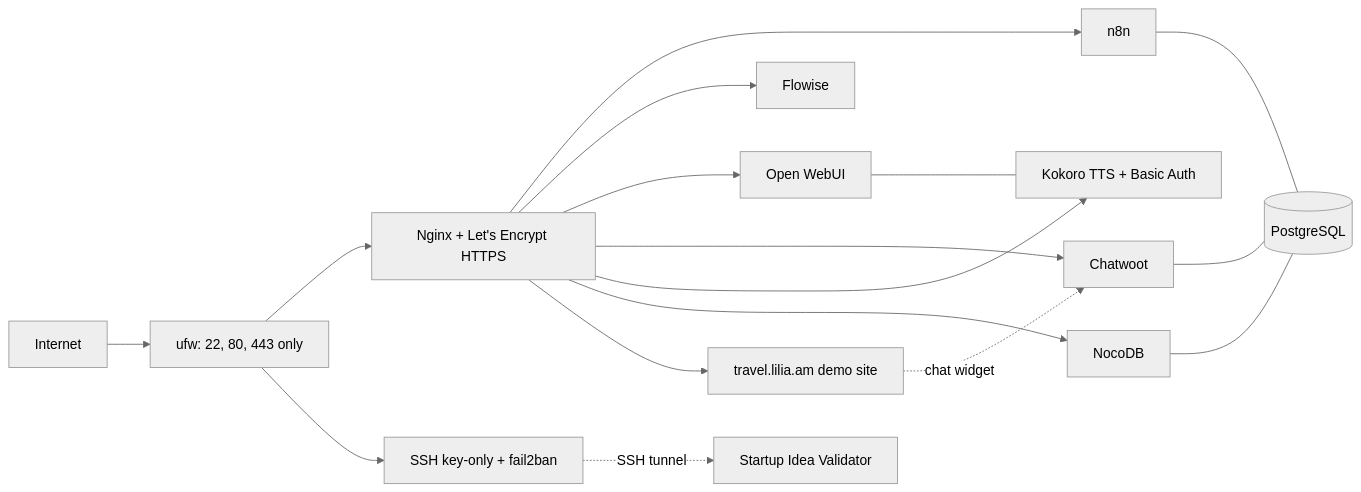
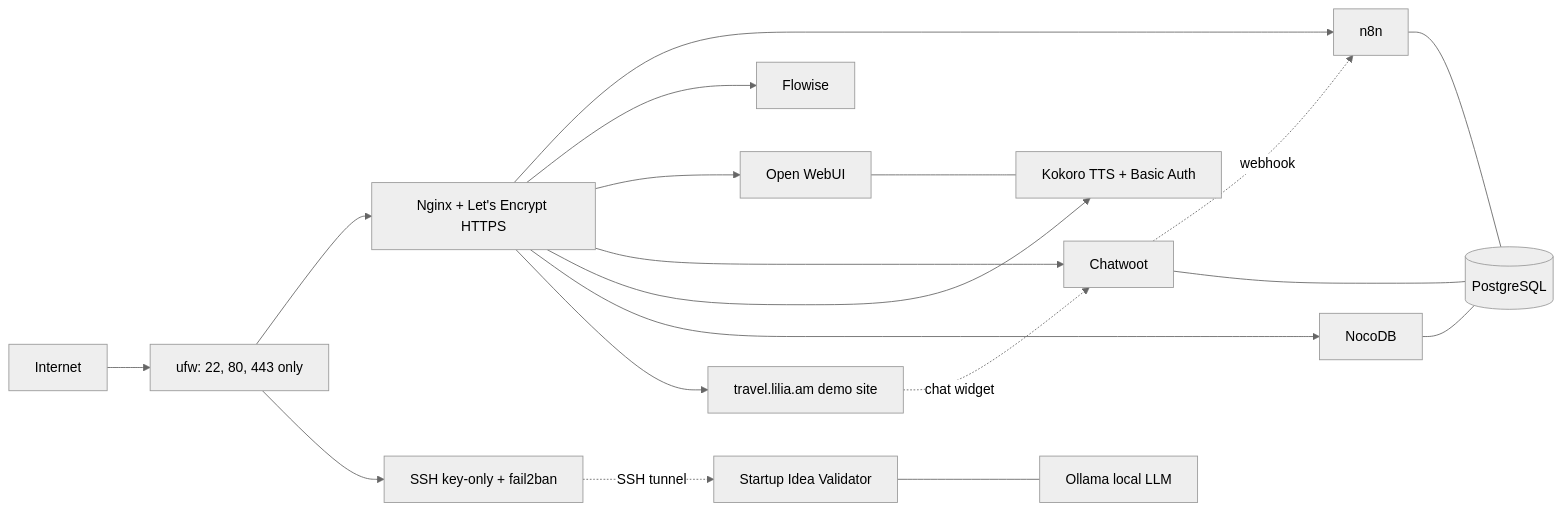
Before and after one commit to Lilli-Ai/vps-automation-lab: the diagram in README.md, drawn with Mermaid (neutral theme). The commit also changed other lines of this file, not shown here.

````diff
--- a/README.md
+++ b/README.md
@@ -15,19 +15,21 @@
 ```mermaid
 flowchart LR
     U[Internet] --> F[ufw: 22, 80, 443 only]
     F --> N[Nginx + Let's Encrypt HTTPS]
     F --> S[SSH key-only + fail2ban]
     N --> A[n8n]
     N --> B[Flowise]
     N --> C[Open WebUI]
     N --> D[Chatwoot]
     N --> K[Kokoro TTS + Basic Auth]
     N --> O[NocoDB]
     N --> T[travel.lilia.am demo site]
     S -. SSH tunnel .-> V[Startup Idea Validator]
     T -. chat widget .-> D
+    D -. webhook .-> A
+    V --- L[Ollama local LLM]
     C --- K
     A --- P[(PostgreSQL)]
     D --- P
     O --- P
 ```
````
